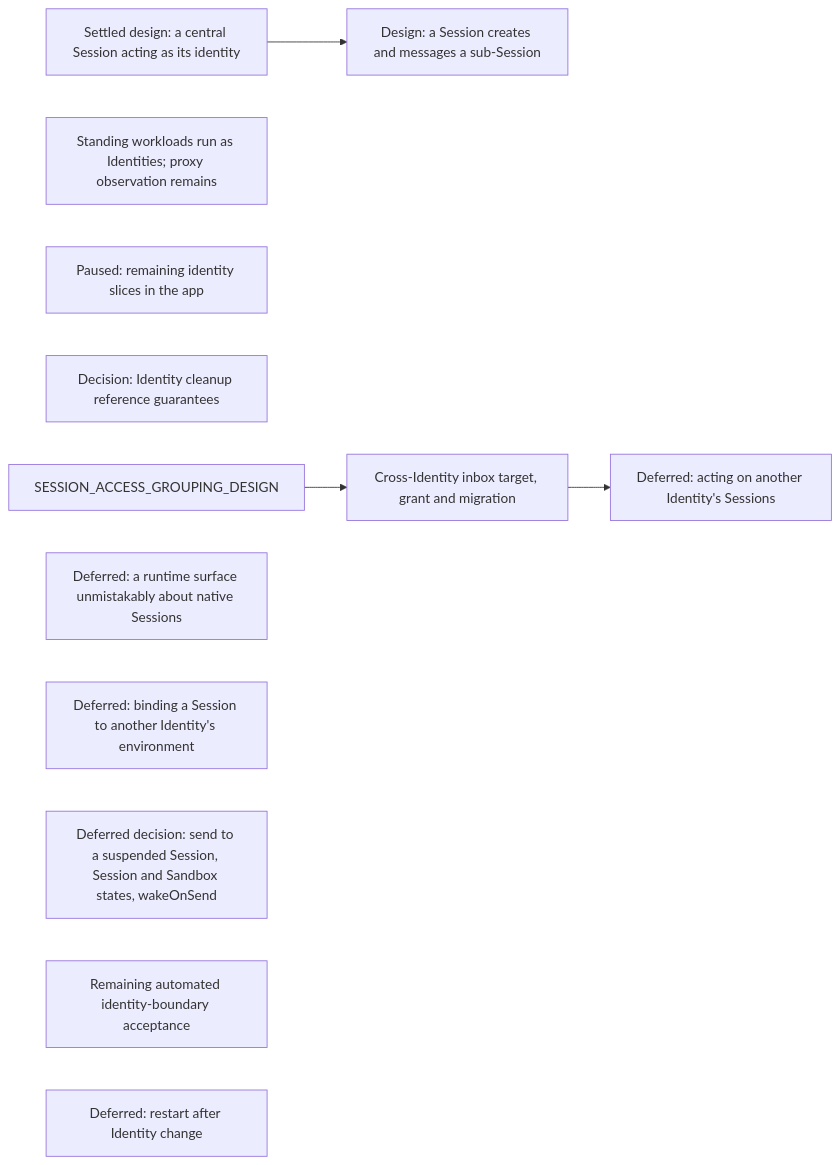
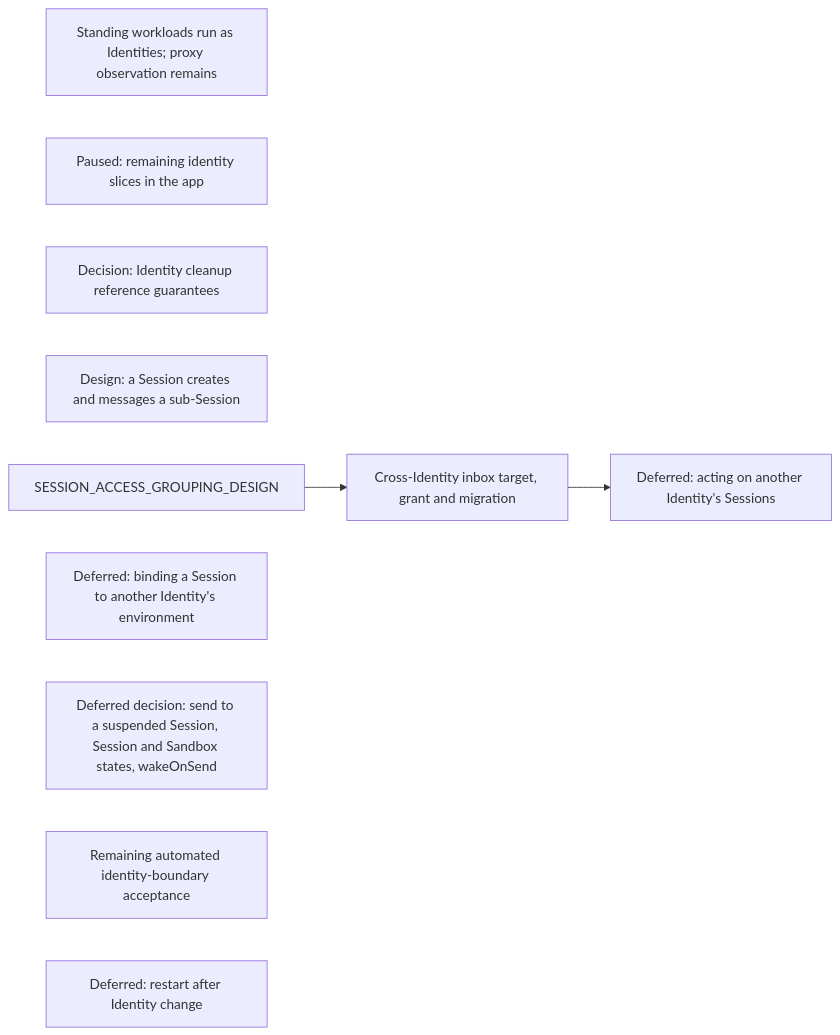
Before and after one commit to agentydragon/ducktape: diagram 16 of 18 in agentplane/plans/task_dag.md, drawn with Mermaid. The commit also changed other lines of this file and 22 other files, not shown here.

````diff
--- a/agentplane/plans/task_dag.md
+++ b/agentplane/plans/task_dag.md
@@ -3434,16 +3392,13 @@
 ```mermaid
 flowchart LR
-    CENTRAL_SESSION_ACTING_DESIGN[Settled design: a central Session acting as its identity]
     STANDING_WORKLOAD_IDENTITY[Standing workloads run as Identities; proxy observation remains]
     APP_IDENTITIES_UI[Paused: remaining identity slices in the app]
     IDENTITY_CLEANUP_REFERENCE_DECISION[Decision: Identity cleanup reference guarantees]
     SESSION_SUBAGENT_DELEGATION[Design: a Session creates and messages a sub-Session]
-    CENTRAL_SESSION_ACTING_DESIGN --> SESSION_SUBAGENT_DELEGATION
     SESSION_ACCESS_GROUPING_DESIGN --> SESSION_IDENTITY_AUTHZ[Cross-Identity inbox target, grant and migration]
     SESSION_IDENTITY_AUTHZ --> SESSION_CROSS_IDENTITY_AUTHORITY[Deferred: acting on another Identity's Sessions]
-    ENVIRONMENT_RUNTIME_NATIVE_SURFACE[Deferred: a runtime surface unmistakably about native Sessions]
     CROSS_IDENTITY_SESSION_BINDING[Deferred: binding a Session to another Identity's environment]
     WAKE_ON_DELIVERY_DESIGN[Deferred decision: send to a suspended Session, Session and Sandbox states, wakeOnSend]
     IDENTITY_SYSTEM_TESTS[Remaining automated identity-boundary acceptance]
     SANDBOX_IDENTITY_CHANGE_CHECKPOINT[Deferred: restart after Identity change]
 ```
````
